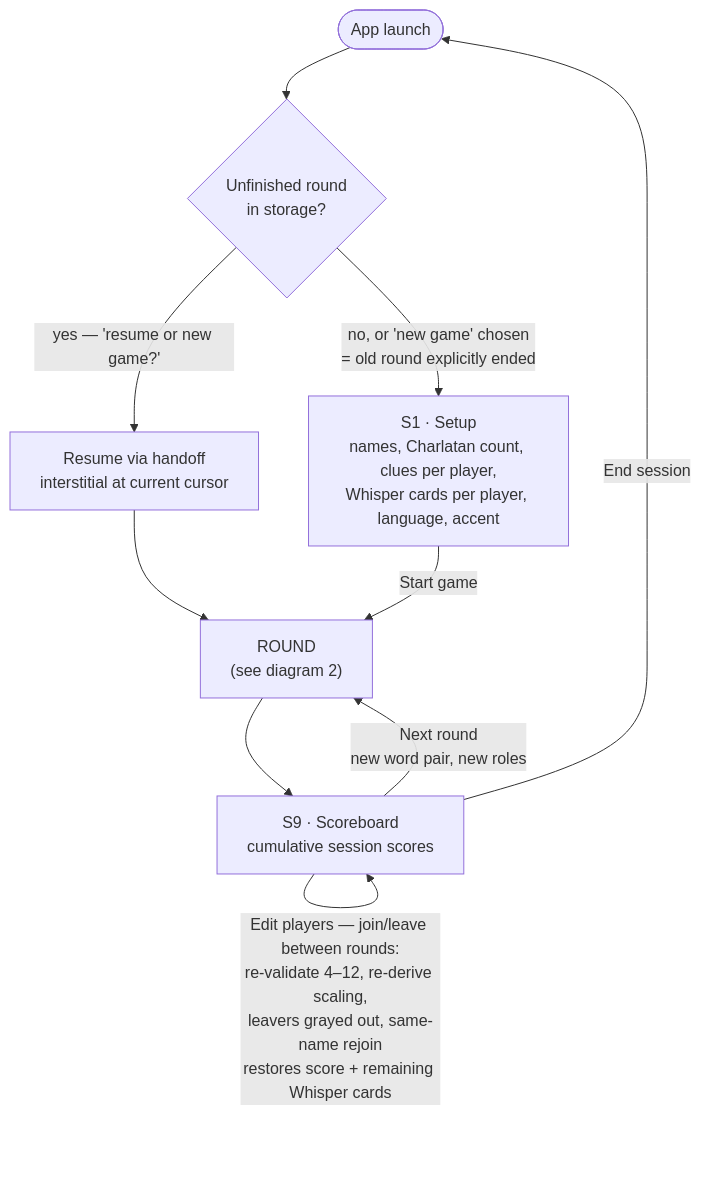
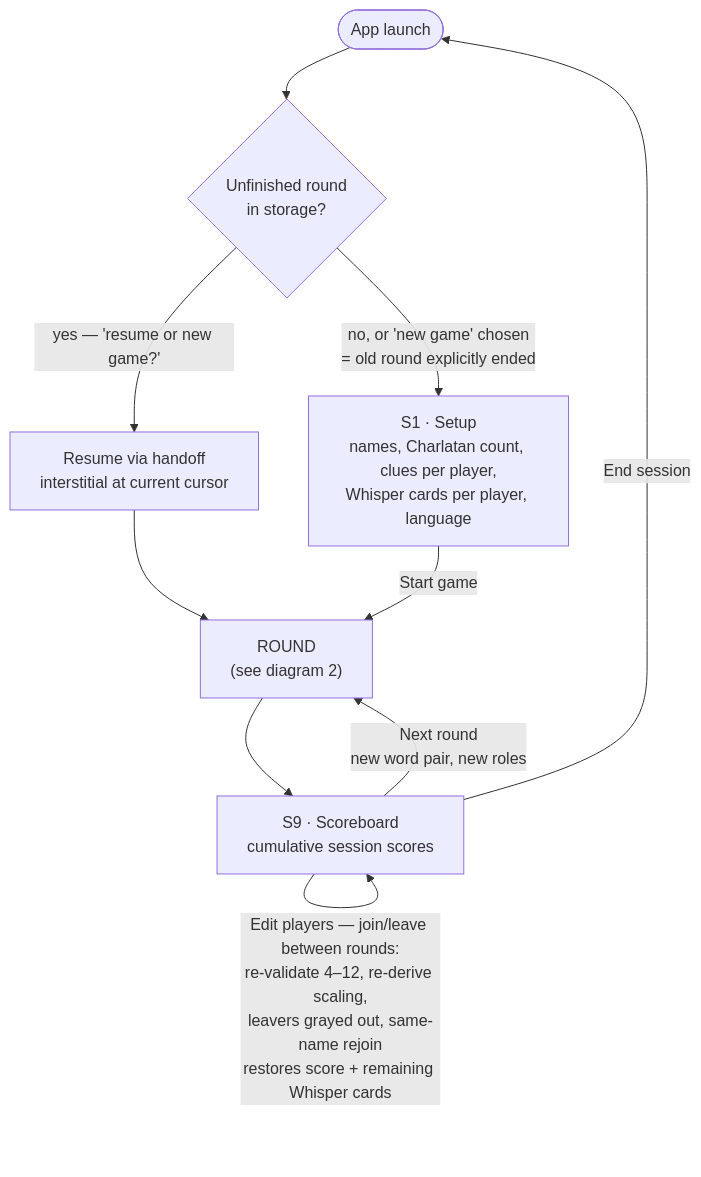
Before and after one commit to jalieven/charlatan: the first of 4 diagrams in docs/02-flows.md, drawn with Mermaid. The commit also changed other lines of this file and 2 other files, not shown here.

Commit message:
Drop the accent color toggle; the accent is always on
The single accent color (Charlatan reveal at the verdict) is part of
the design, not a setting. Removed the setup row from the spec, the
screen inventory, the session diagram, and the Setup mockup — Setup is
down to four options plus names and Start.

Claude-Session: https://claude.ai/code/session_01LAnZ3eJoHkP5n2P5euwmSg

````diff
--- a/docs/02-flows.md
+++ b/docs/02-flows.md
@@ -14,12 +14,12 @@
 ```mermaid
 flowchart TD
     Launch(["App launch"]) --> Choice{"Unfinished round<br/>in storage?"}
     Choice -->|"yes — 'resume or new game?'"| Resume["Resume via handoff<br/>interstitial at current cursor"]
-    Choice -->|no, or 'new game' chosen<br/>= old round explicitly ended| S1["S1 · Setup<br/>names, Charlatan count, clues per player,<br/>Whisper cards per player, language, accent"]
+    Choice -->|no, or 'new game' chosen<br/>= old round explicitly ended| S1["S1 · Setup<br/>names, Charlatan count, clues per player,<br/>Whisper cards per player, language"]
     Resume --> Round
     S1 -->|Start game| Round["ROUND<br/>(see diagram 2)"]
     Round --> S9["S9 · Scoreboard<br/>cumulative session scores"]
     S9 -->|"Edit players — join/leave between rounds:<br/>re-validate 4–12, re-derive scaling,<br/>leavers grayed out, same-name rejoin<br/>restores score + remaining Whisper cards"| S9
     S9 -->|Next round<br/>new word pair, new roles| Round
     S9 -->|End session| Launch
 ```
````
